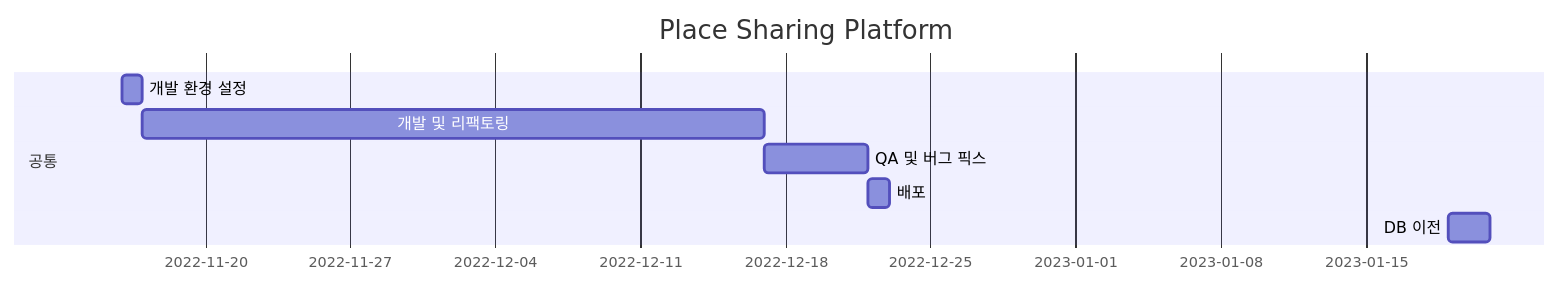
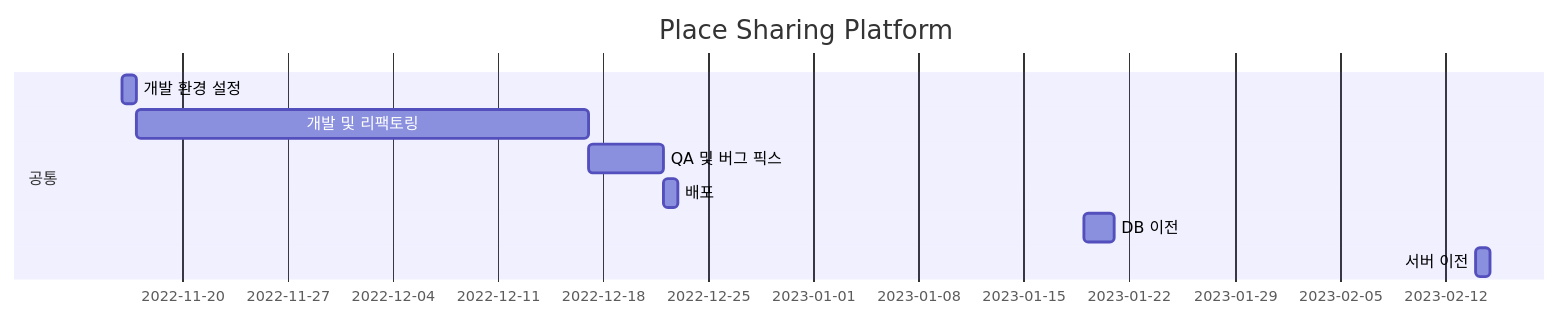
One commit to Hell-O-Demon-World/PlaceSharingPlatformBETest changed the diagram in README.md. Above: the diagram before and after it, drawn with Mermaid. The commit also changed other lines of this file and 16 other files, not shown here.

````diff
--- a/README.md
+++ b/README.md
@@ -81,12 +82,14 @@
 ```mermaid  
 gantt  
 	dateFormat YYYY-MM-DD  
 	title Place Sharing Platform  
   
     section 공통  
     개발 환경 설정 :chap1, 2022-11-16, 1d  
     개발 및 리팩토링 :chap2, 2022-11-17, 2022-12-17
 	QA 및 버그 픽스: chap3, 2022-12-17, 2022-12-22
 	배포: chap4, 2022-12-22, 2022-12-23
 	DB 이전 : chap5, 2023-01-19, 2023-01-21
+	서버 이전 : chap6, 2023-02-14, 2023-02-15
+	
 ```
````
